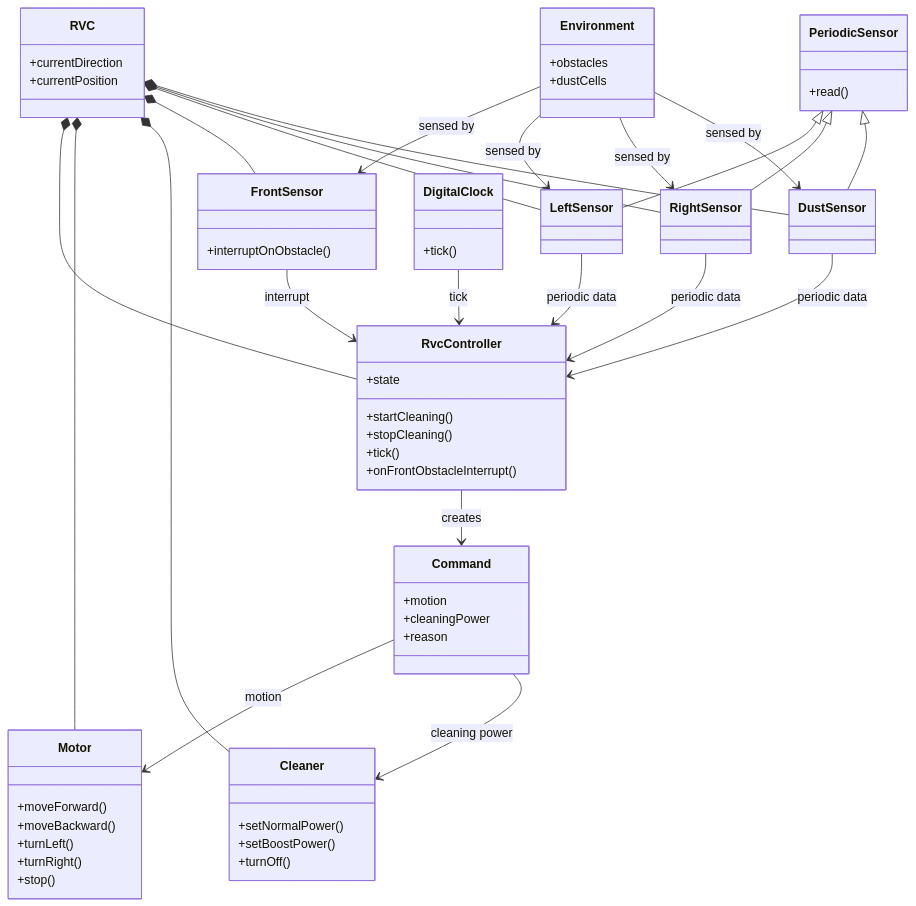
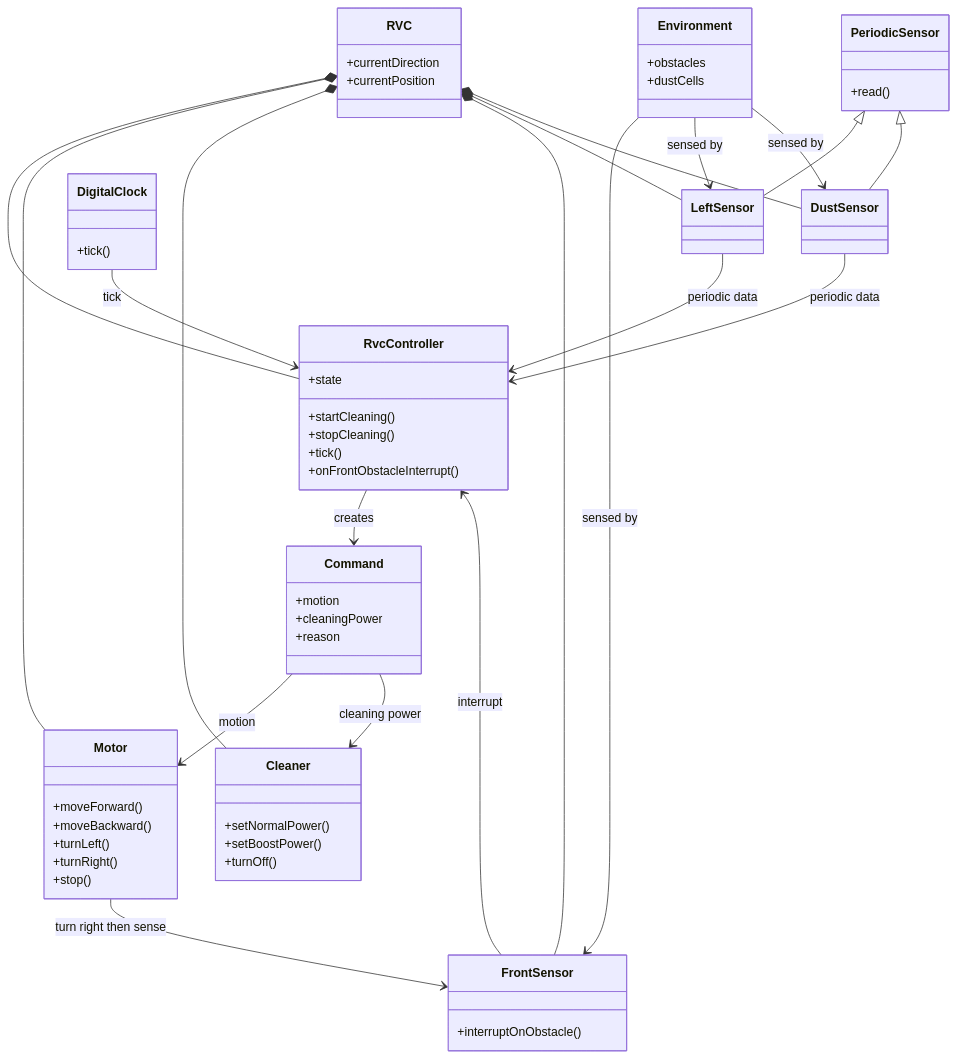
The diagram in docs/ooa_domain_diagram.md (reload02/ooad-vibe), drawn with Mermaid before and after one commit. The commit also changed other lines of this file and 21 other files, not shown here.

First line of the commit message:
Refactor RvcController to implement right probing behavior and update related components

````diff
--- a/docs/ooa_domain_diagram.md
+++ b/docs/ooa_domain_diagram.md
@@ -8,79 +8,75 @@
 ```mermaid
 classDiagram
     class RVC {
         +currentDirection
         +currentPosition
     }
 
     class RvcController {
         +state
         +startCleaning()
         +stopCleaning()
         +tick()
         +onFrontObstacleInterrupt()
     }
 
     class FrontSensor {
         +interruptOnObstacle()
     }
 
     class PeriodicSensor {
         +read()
     }
 
     class LeftSensor
-    class RightSensor
     class DustSensor
 
     class DigitalClock {
         +tick()
     }
 
     class Motor {
         +moveForward()
         +moveBackward()
         +turnLeft()
         +turnRight()
         +stop()
     }
 
     class Cleaner {
         +setNormalPower()
         +setBoostPower()
         +turnOff()
     }
 
     class Environment {
         +obstacles
         +dustCells
     }
 
     class Command {
         +motion
         +cleaningPower
         +reason
     }
 
     RVC *-- RvcController
     RVC *-- Motor
     RVC *-- Cleaner
     RVC *-- FrontSensor
     RVC *-- LeftSensor
-    RVC *-- RightSensor
     RVC *-- DustSensor
     PeriodicSensor <|-- LeftSensor
-    PeriodicSensor <|-- RightSensor
     PeriodicSensor <|-- DustSensor
     DigitalClock --> RvcController : tick
     FrontSensor --> RvcController : interrupt
     LeftSensor --> RvcController : periodic data
-    RightSensor --> RvcController : periodic data
     DustSensor --> RvcController : periodic data
     RvcController --> Command : creates
     Command --> Motor : motion
     Command --> Cleaner : cleaning power
     Environment --> FrontSensor : sensed by
     Environment --> LeftSensor : sensed by
-    Environment --> RightSensor : sensed by
     Environment --> DustSensor : sensed by
+    Motor --> FrontSensor : turn right then sense
 ```
````
